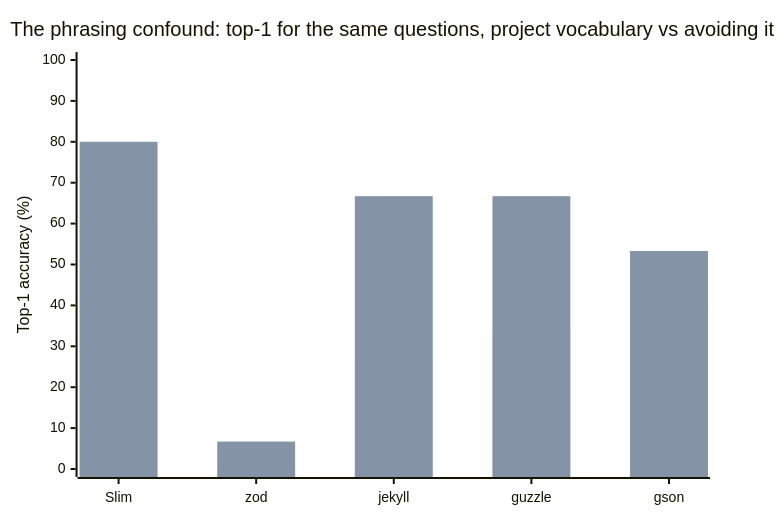
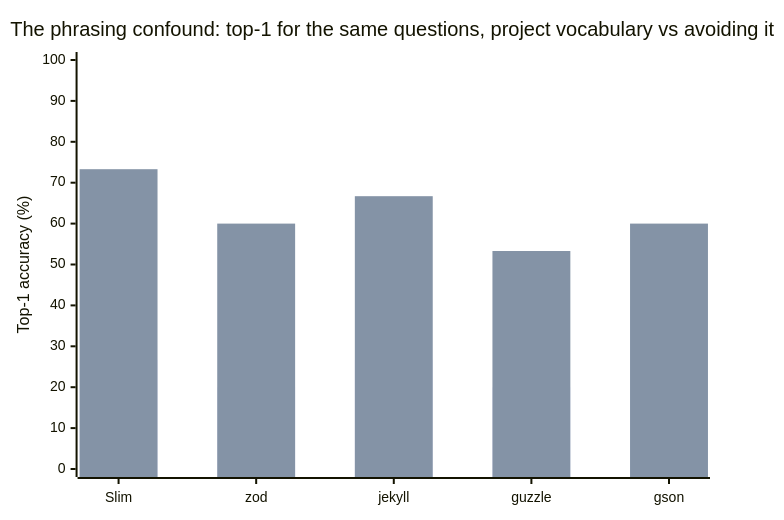
The first of 8 diagrams in README.md (Aletheore/aletheore-benchmarks), drawn with Mermaid before and after one commit. The commit also changed other lines of this file and 3 other files, not shown here.

````diff
--- a/README.md
+++ b/README.md
@@ -116,8 +100,8 @@
 ```mermaid
 xychart-beta
     title "The phrasing confound: top-1 for the same questions, project vocabulary vs avoiding it"
     x-axis [Slim, zod, jekyll, guzzle, gson]
     y-axis "Top-1 accuracy (%)" 0 --> 100
-    bar "vocabulary-avoiding" [60.0, 0.0, 26.7, 33.3, 40.0]
-    bar "project vocabulary" [80.0, 6.7, 66.7, 66.7, 53.3]
+    bar "vocabulary-avoiding" [26.7, 20.0, 26.7, 20.0, 40.0]
+    bar "project vocabulary" [73.3, 60.0, 66.7, 53.3, 60.0]
 ```
````
